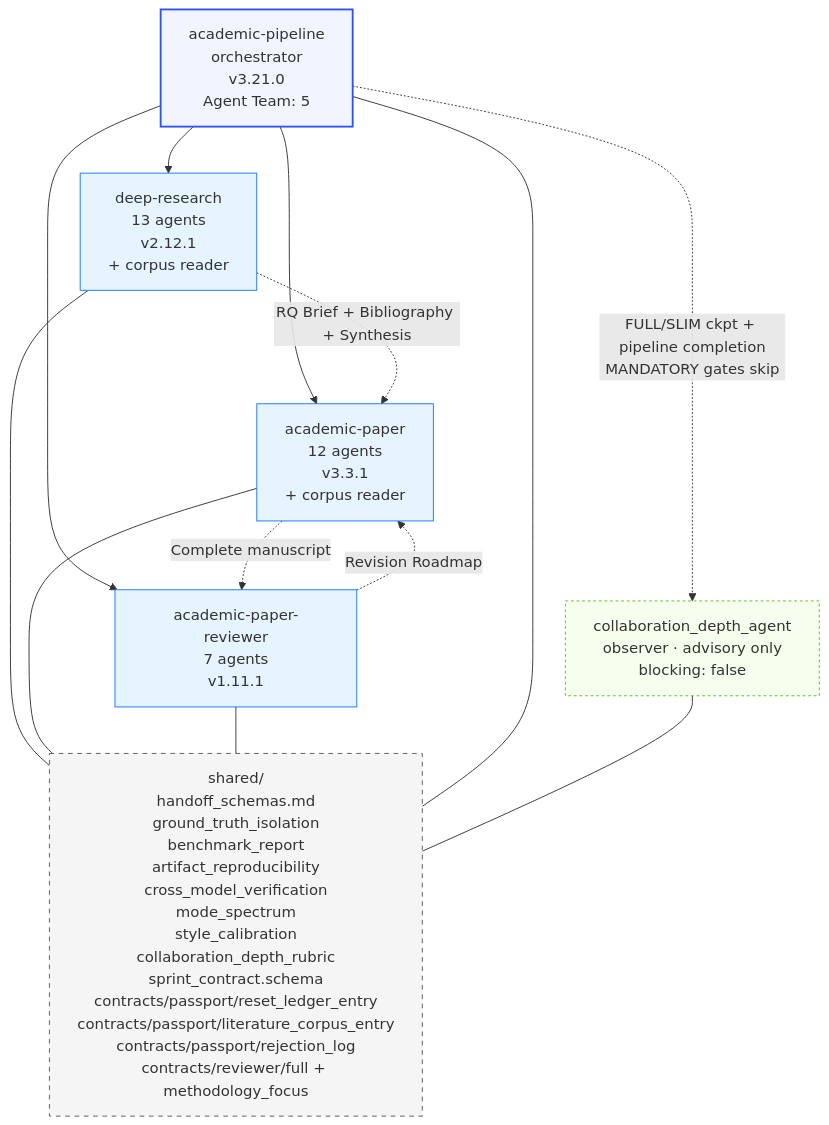
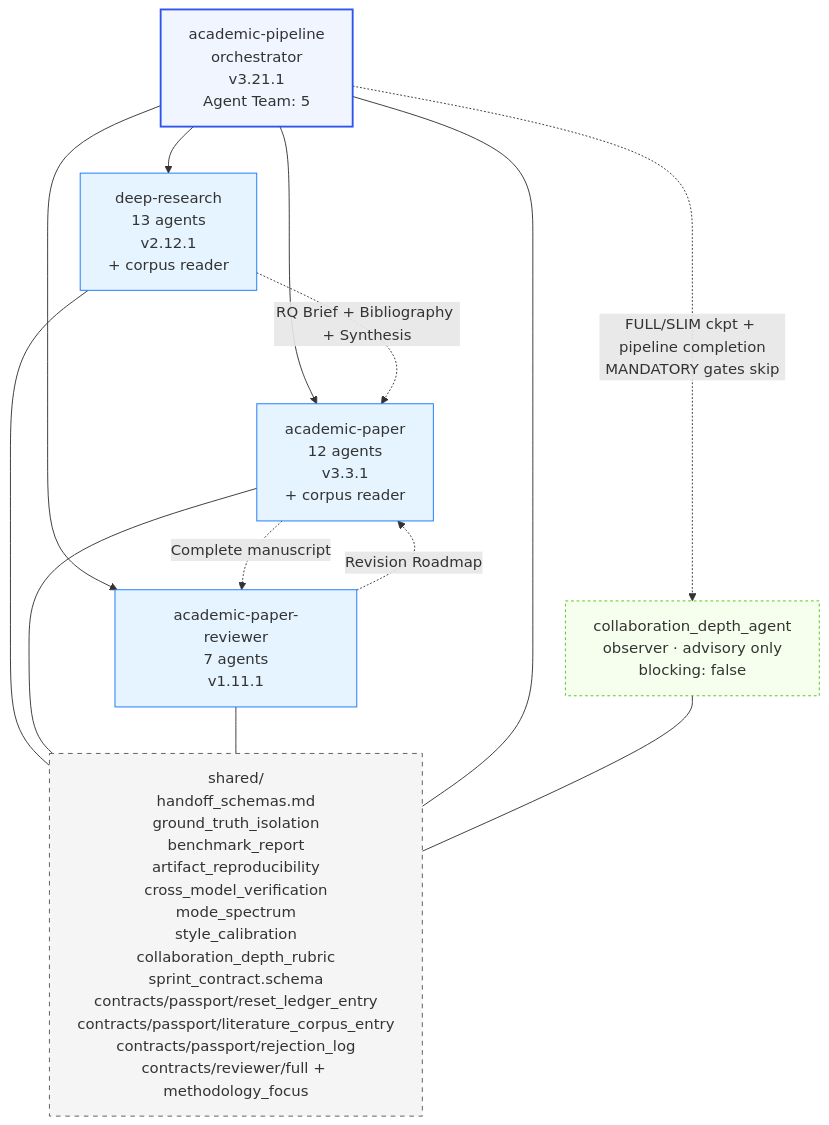
Before and after one commit to huangnan29/academic-research-skills-grok: the fourth of 5 diagrams in skills/academic-research-suite/ars/docs/ARCHITECTURE.md, drawn with Mermaid. The commit also changed other lines of this file and 103 other files, not shown here.

````diff
--- a/skills/academic-research-suite/ars/docs/ARCHITECTURE.md
+++ b/skills/academic-research-suite/ars/docs/ARCHITECTURE.md
@@ -205,31 +218,31 @@
 ```mermaid
 graph TD
-    Pipeline[academic-pipeline<br/>orchestrator<br/>v3.21.0<br/>Agent Team: 5]
+    Pipeline[academic-pipeline<br/>orchestrator<br/>v3.21.1<br/>Agent Team: 5]
     Observer[collaboration_depth_agent<br/>observer · advisory only<br/>blocking: false]
     DR[deep-research<br/>13 agents<br/>v2.12.1<br/>+ corpus reader]
     AP[academic-paper<br/>12 agents<br/>v3.3.1<br/>+ corpus reader]
     APR[academic-paper-reviewer<br/>7 agents<br/>v1.11.1]
     Shared[shared/<br/>handoff_schemas.md<br/>ground_truth_isolation<br/>benchmark_report<br/>artifact_reproducibility<br/>cross_model_verification<br/>mode_spectrum<br/>style_calibration<br/>collaboration_depth_rubric<br/>sprint_contract.schema<br/>contracts/passport/reset_ledger_entry<br/>contracts/passport/literature_corpus_entry<br/>contracts/passport/rejection_log<br/>contracts/reviewer/full + methodology_focus]
 
     Pipeline --> DR
     Pipeline --> AP
     Pipeline --> APR
     Pipeline -. "FULL/SLIM ckpt + pipeline completion<br/>MANDATORY gates skip" .-> Observer
     DR -. "RQ Brief + Bibliography + Synthesis" .-> AP
     AP -. "Complete manuscript" .-> APR
     APR -. "Revision Roadmap" .-> AP
     DR --- Shared
     AP --- Shared
     APR --- Shared
     Pipeline --- Shared
     Observer --- Shared
 
     classDef orch fill:#f0f5ff,stroke:#2f54eb,stroke-width:2px
     classDef skill fill:#e6f4ff,stroke:#1677ff
     classDef shared fill:#f5f5f5,stroke:#595959,stroke-dasharray:5 5
     classDef observer fill:#f6ffed,stroke:#52c41a,stroke-dasharray:3 3
     class Pipeline orch
     class DR,AP,APR skill
     class Shared shared
     class Observer observer
 ```
````
